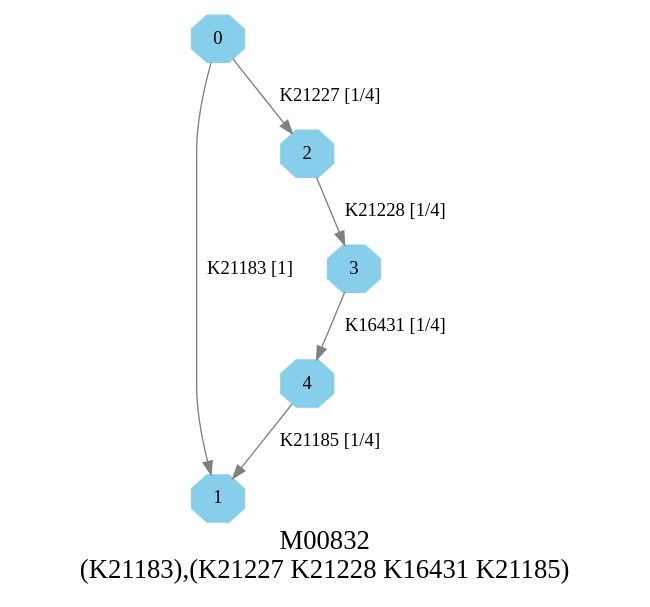
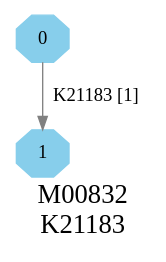
The diagram in graphs/dots/M00832.dot (EBI-Metagenomics/kegg-pathways-completeness-tool), drawn with Graphviz before and after one commit. The commit also changed 654 other files, not shown here.

```diff
--- a/graphs/dots/M00832.dot
+++ b/graphs/dots/M00832.dot
@@ -1,12 +1,8 @@
 digraph G {
 graph [label="M00832
-(K21183),(K21227 K21228 K16431 K21185)",fontsize=20];
+K21183",fontsize=20];
 node [shape=box,style=filled];
 edge [len=3,color=grey];
-{node [width=.3,height=.3,shape=octagon,style=filled,color=skyblue] 0 1 2 3 4 }
+{node [width=.3,height=.3,shape=octagon,style=filled,color=skyblue] 0 1 }
 0 -> 1 [label="K21183 [1]"];
-0 -> 2 [label="K21227 [1/4]"];
-2 -> 3 [label="K21228 [1/4]"];
-3 -> 4 [label="K16431 [1/4]"];
-4 -> 1 [label="K21185 [1/4]"];
 }
```
